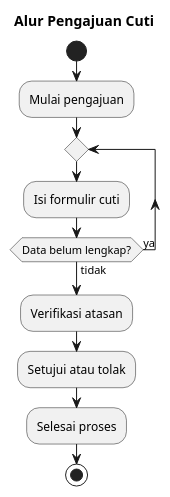
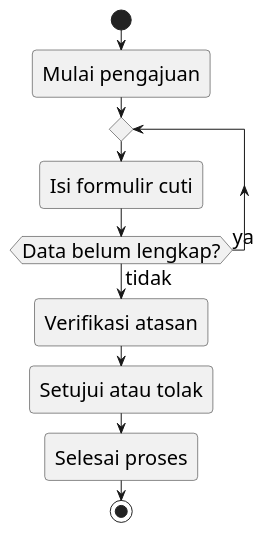
The diagram in examples/demo-deck/diagrams/01-flowchart.puml (NioHast/autooffice), drawn with PlantUML before and after one commit. The commit also changed 139 other files, not shown here.

```diff
--- a/examples/demo-deck/diagrams/01-flowchart.puml
+++ b/examples/demo-deck/diagrams/01-flowchart.puml
@@ -1,13 +1,17 @@
 @startuml
-title Alur Pengajuan Cuti
+skinparam defaultFontSize 20
+skinparam shadowing false
+skinparam roundCorner 8
+skinparam nodesep 40
+skinparam ranksep 50
 
 start
 :Mulai pengajuan;
 repeat
   :Isi formulir cuti;
 repeat while (Data belum lengkap?) is (ya) not (tidak)
 :Verifikasi atasan;
 :Setujui atau tolak;
 :Selesai proses;
 stop
 @enduml
```
